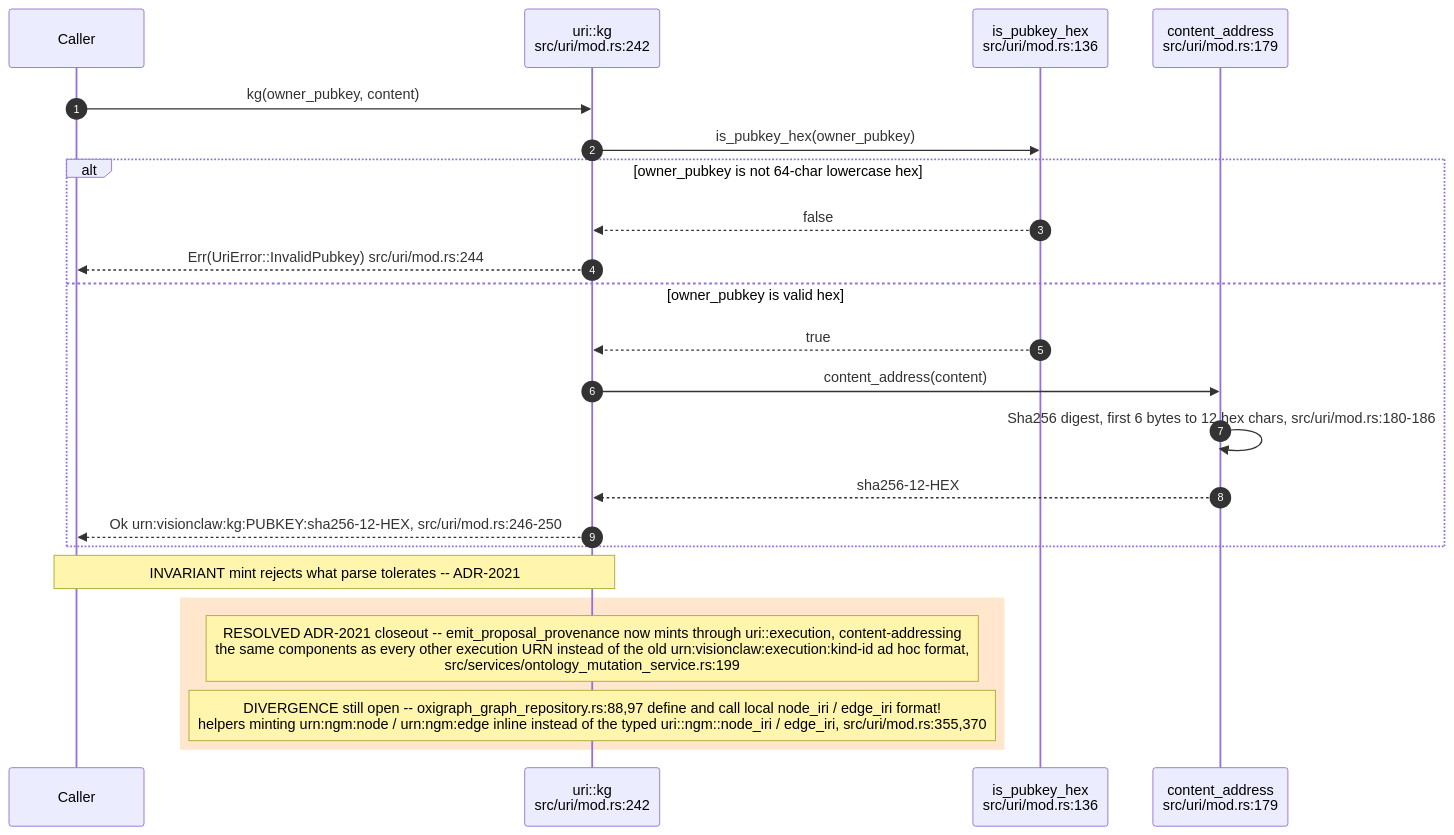
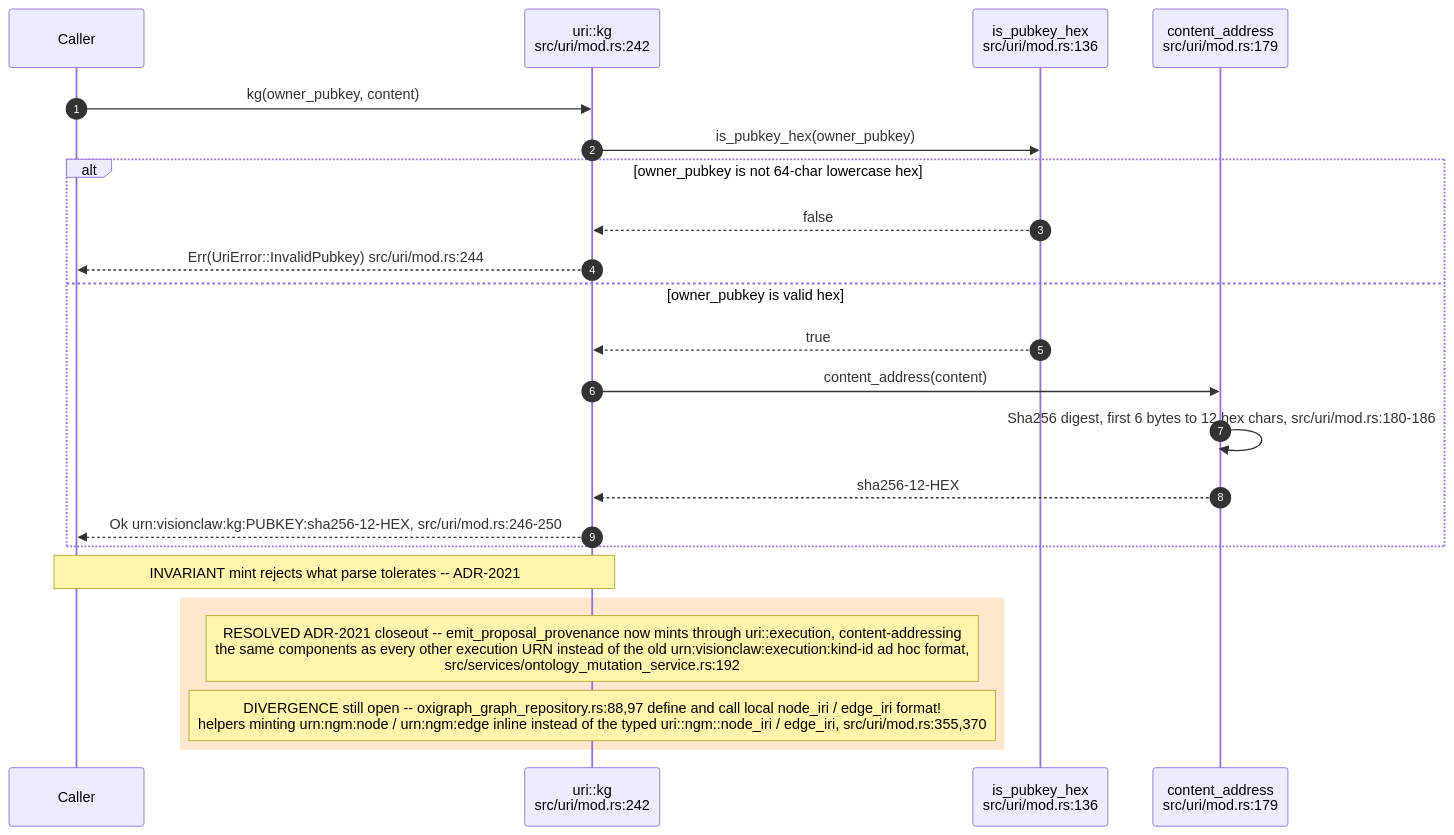
The second of 10 diagrams in docs/diagrams/visionclaw/23-identifiers-urn-did-sha12.md (DreamLab-AI/VisionFlow), drawn with Mermaid before and after one commit. The commit also changed other lines of this file and 160 other files, not shown here.

````diff
--- a/docs/diagrams/visionclaw/23-identifiers-urn-did-sha12.md
+++ b/docs/diagrams/visionclaw/23-identifiers-urn-did-sha12.md
@@ -98,25 +97,25 @@
 ```mermaid
 sequenceDiagram
     autonumber
     participant Caller
     participant U as uri::kg<br/>src/uri/mod.rs:242
     participant PK as is_pubkey_hex<br/>src/uri/mod.rs:136
     participant CA as content_address<br/>src/uri/mod.rs:179
     Caller->>U: kg(owner_pubkey, content)
     U->>PK: is_pubkey_hex(owner_pubkey)
     alt owner_pubkey is not 64-char lowercase hex
         PK-->>U: false
         U-->>Caller: Err(UriError::InvalidPubkey) src/uri/mod.rs:244
     else owner_pubkey is valid hex
         PK-->>U: true
         U->>CA: content_address(content)
         CA->>CA: Sha256 digest, first 6 bytes to 12 hex chars, src/uri/mod.rs:180-186
         CA-->>U: sha256-12-HEX
         U-->>Caller: Ok urn:visionclaw:kg:PUBKEY:sha256-12-HEX, src/uri/mod.rs:246-250
     end
     Note over Caller,U: INVARIANT mint rejects what parse tolerates -- ADR-2021
     rect rgb(255,230,204)
-    Note over U: RESOLVED ADR-2021 closeout -- emit_proposal_provenance now mints through uri::execution, content-addressing<br/>the same components as every other execution URN instead of the old urn:visionclaw:execution:kind-id ad hoc format,<br/>src/services/ontology_mutation_service.rs:199
+    Note over U: RESOLVED ADR-2021 closeout -- emit_proposal_provenance now mints through uri::execution, content-addressing<br/>the same components as every other execution URN instead of the old urn:visionclaw:execution:kind-id ad hoc format,<br/>src/services/ontology_mutation_service.rs:192
     Note over U: DIVERGENCE still open -- oxigraph_graph_repository.rs:88,97 define and call local node_iri / edge_iri format!<br/>helpers minting urn:ngm:node / urn:ngm:edge inline instead of the typed uri::ngm::node_iri / edge_iri, src/uri/mod.rs:355,370
     end
 ```
````
